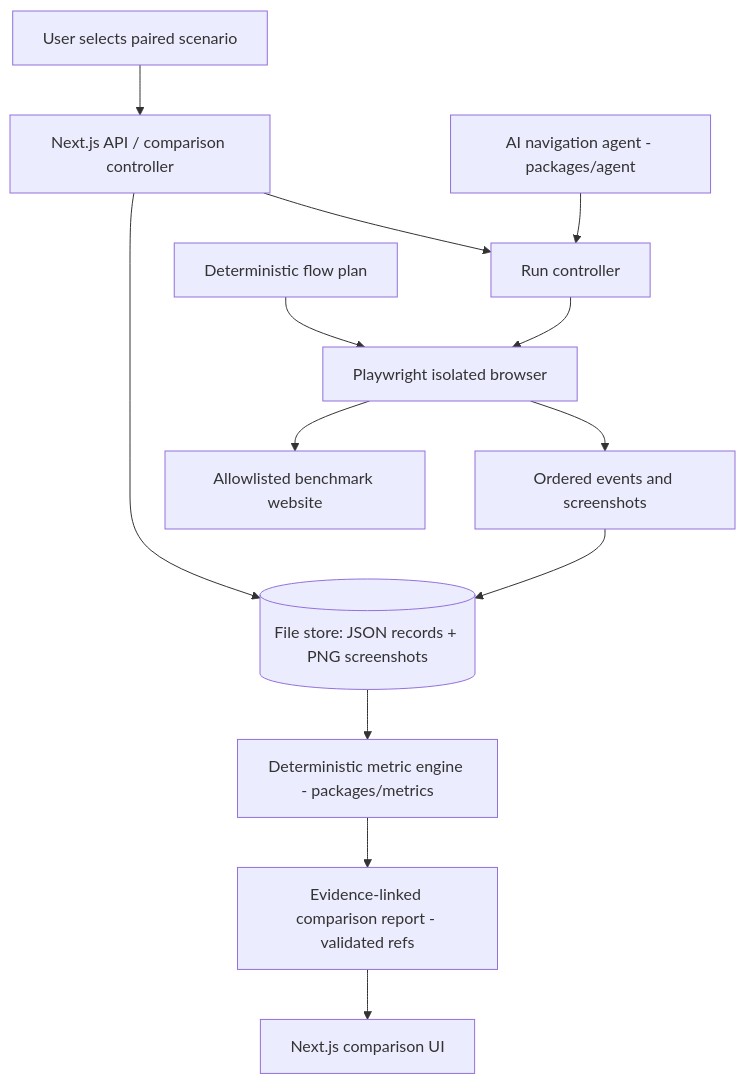
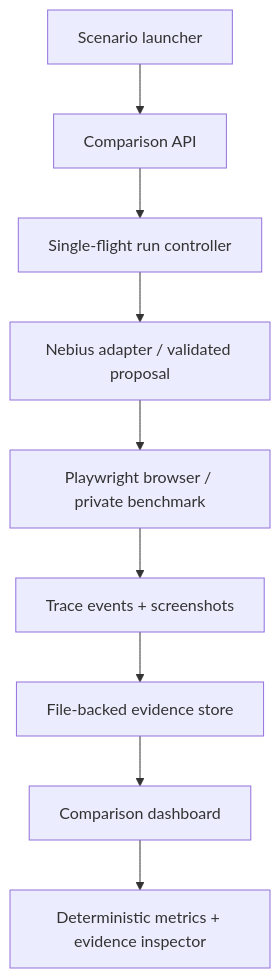
One commit to 1tsDaksh/choiceMirror changed the diagram in docs/Architecture.md. Above: the diagram before and after it, drawn with Mermaid. The commit also changed other lines of this file and 27 other files, not shown here.

````diff
--- a/docs/Architecture.md
+++ b/docs/Architecture.md
@@ -9,15 +11,11 @@
 ```mermaid
 flowchart TD
-  U[User selects paired scenario] --> API[Next.js API / comparison controller]
-  API --> DB[(File store: JSON records + PNG screenshots)]
-  API --> Q[Run controller]
-  Q --> P[Playwright isolated browser]
-  F[Deterministic flow plan] --> P
-  A[AI navigation agent - packages/agent] --> Q
-  P --> B[Allowlisted benchmark website]
-  P --> E[Ordered events and screenshots]
-  E --> DB
-  DB --> S[Deterministic metric engine - packages/metrics]
-  S --> R[Evidence-linked comparison report - validated refs]
-  R --> UI[Next.js comparison UI]
+    A[Scenario launcher] --> B[Comparison API]
+    B --> C[Single-flight run controller]
+    C --> D[Nebius adapter / validated proposal]
+    D --> E[Playwright browser / private benchmark]
+    E --> F[Trace events + screenshots]
+    F --> G[File-backed evidence store]
+    G --> H[Comparison dashboard]
+    H --> I[Deterministic metrics + evidence inspector]
 ```
````
